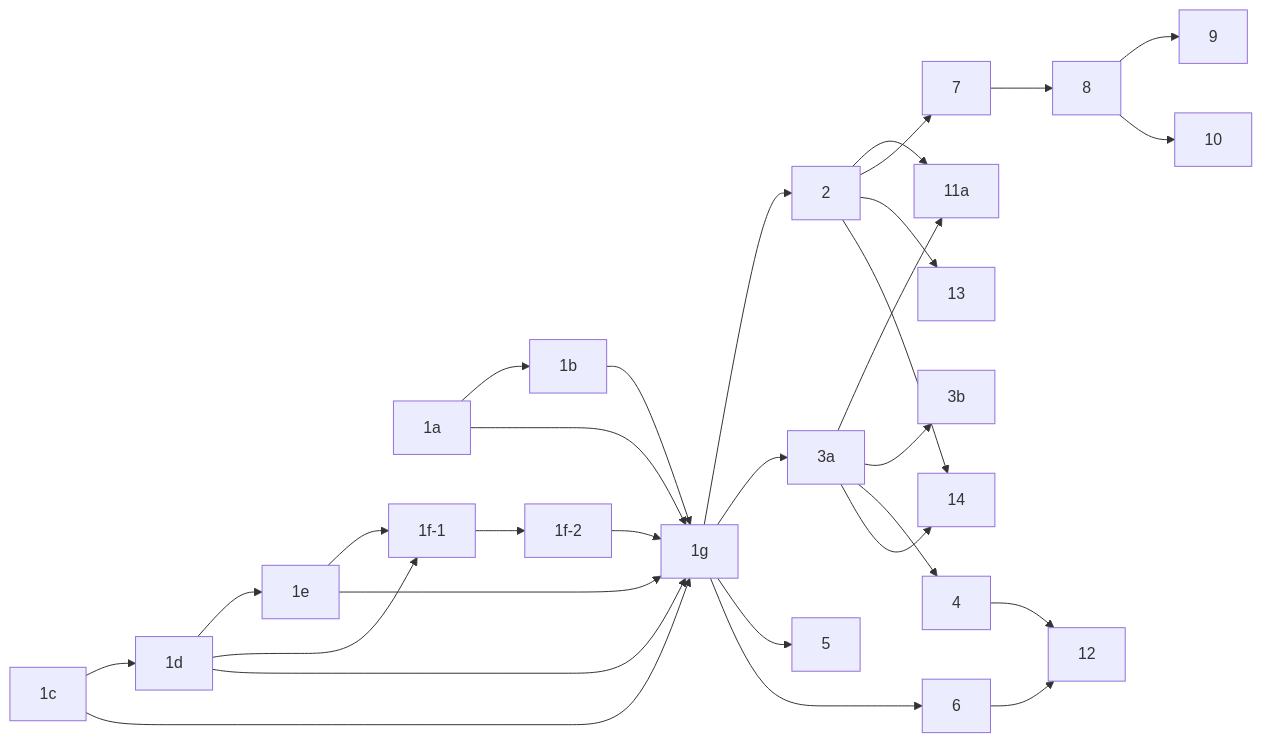
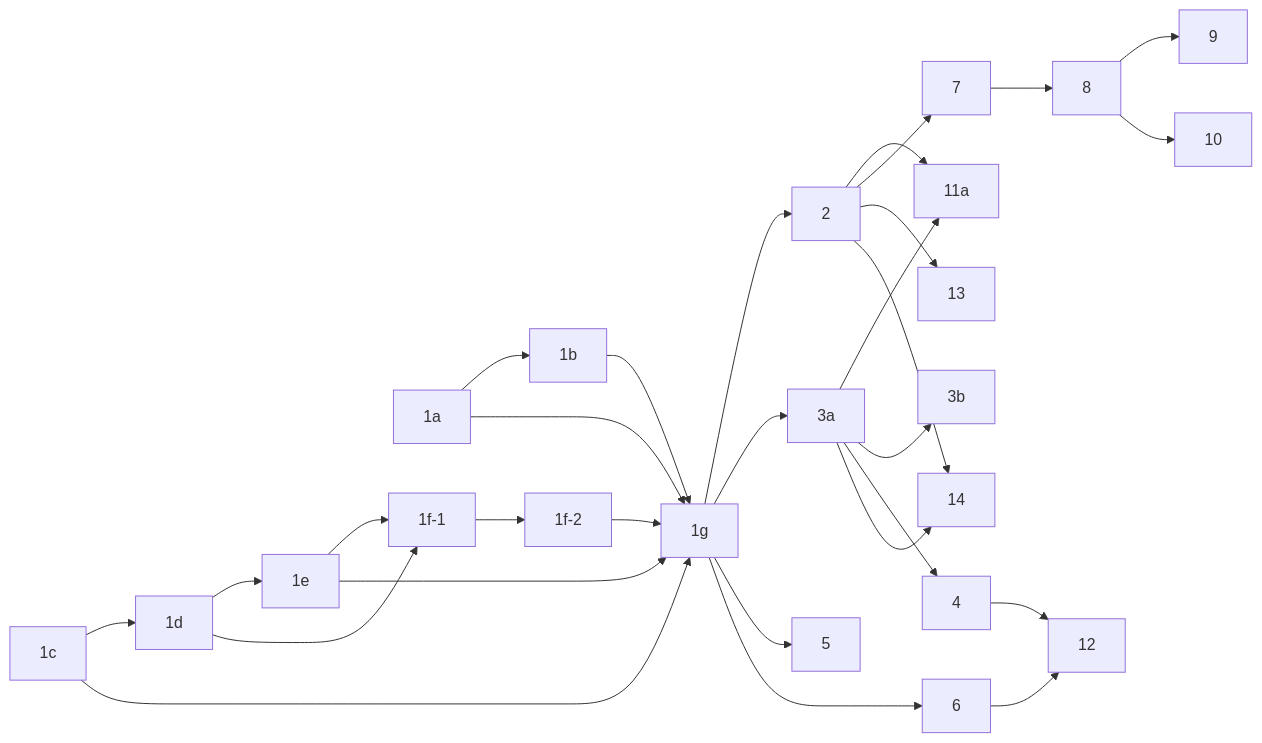
Before and after one commit to aws-solutions/konductor: the diagram in docs/design/workflows-plan.md, drawn with Mermaid. The commit also changed other lines of this file and 3 other files, not shown here.

````diff
--- a/docs/design/workflows-plan.md
+++ b/docs/design/workflows-plan.md
@@ -46,24 +46,24 @@
 ```mermaid
 flowchart LR
     s1a["1a"] --> s1b["1b"]
     s1c["1c"] --> s1d["1d"]
     s1d --> s1e["1e"]
     s1d & s1e --> s1f1["1f-1"]
     s1f1 --> s1f2["1f-2"]
-    s1a & s1b & s1c & s1d & s1e --> s1g["1g"]
+    s1a & s1b & s1c & s1e --> s1g["1g"]
     s1f2 --> s1g
     s1g --> s2["2"]
     s1g --> s3a["3a"]
     s2 & s3a --> s11a["11a"]
     s3a --> s3b["3b"]
     s3a --> s4["4"]
     s1g --> s5["5"]
     s1g --> s6["6"]
     s2 --> s7["7"]
     s7 --> s8["8"]
     s8 --> s9["9"]
     s8 --> s10["10"]
     s4 & s6 --> s12["12"]
     s2 --> s13["13"]
     s2 & s3a --> s14["14"]
 ```
````
